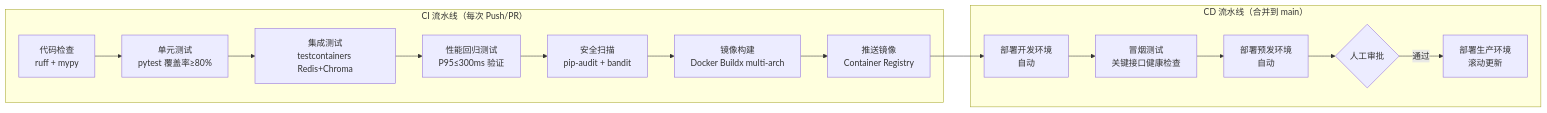
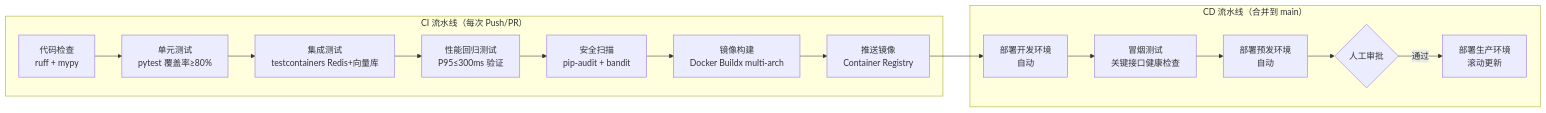
Diagram 11 of 16 in docs/architecture-design.md (DanielKernel/ContextAgent), drawn with Mermaid before and after one commit. The commit also changed other lines of this file and 15 other files, not shown here.

````diff
--- a/docs/architecture-design.md
+++ b/docs/architecture-design.md
@@ -805,19 +805,19 @@
 ```mermaid
 graph LR
     subgraph CI["CI 流水线（每次 Push/PR）"]
         Lint[代码检查<br/>ruff + mypy] --> UnitTest[单元测试<br/>pytest 覆盖率≥80%]
-        UnitTest --> IntTest[集成测试<br/>testcontainers Redis+Chroma]
+        UnitTest --> IntTest[集成测试<br/>testcontainers Redis+向量库]
         IntTest --> PerfTest[性能回归测试<br/>P95≤300ms 验证]
         PerfTest --> Scan[安全扫描<br/>pip-audit + bandit]
         Scan --> DockerBuild[镜像构建<br/>Docker Buildx multi-arch]
         DockerBuild --> Push[推送镜像<br/>Container Registry]
     end
 
     subgraph CD["CD 流水线（合并到 main）"]
         Push --> DeployDev[部署开发环境<br/>自动]
         DeployDev --> SmokeTest[冒烟测试<br/>关键接口健康检查]
         SmokeTest --> DeployStaging[部署预发环境<br/>自动]
         DeployStaging --> Approval{人工审批}
         Approval -->|通过| DeployProd[部署生产环境<br/>滚动更新]
     end
 ```
````
